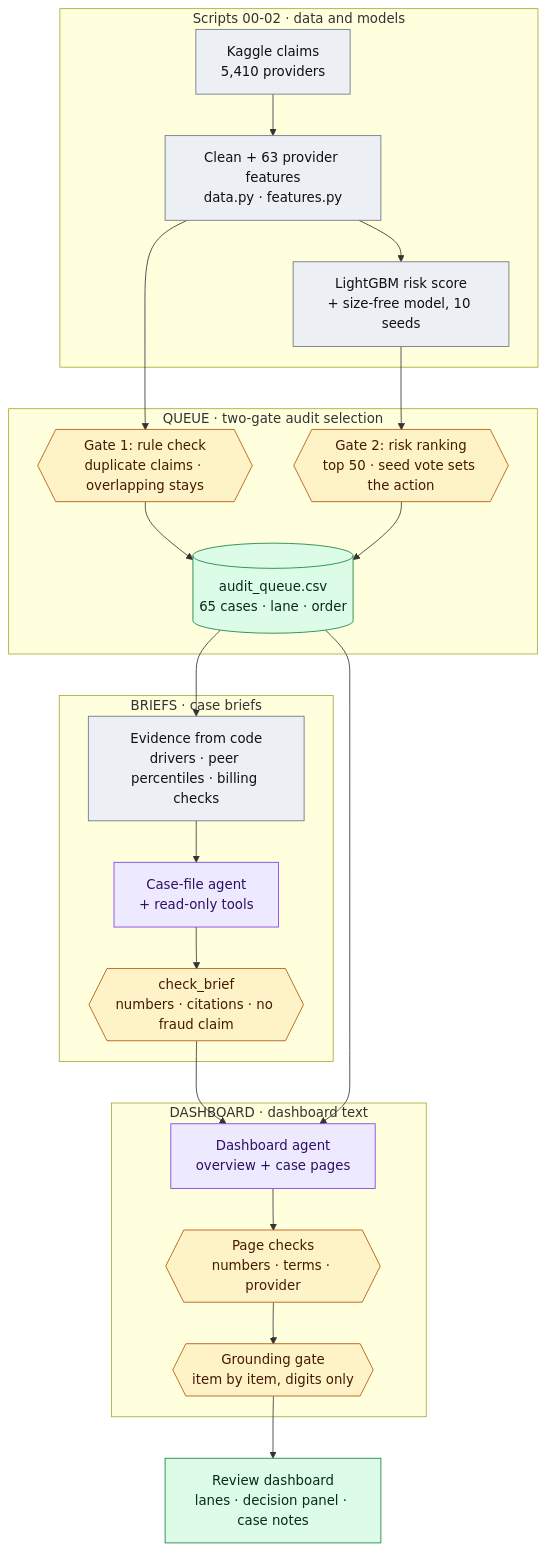
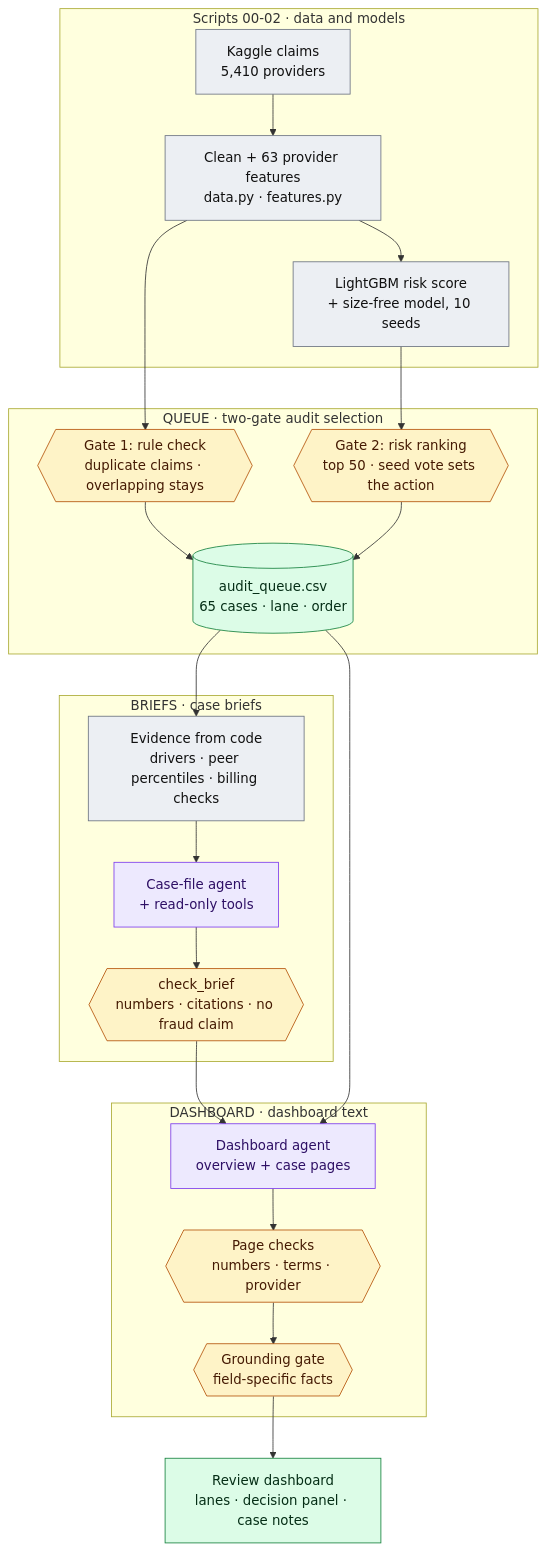
One commit to isaaclim33/BT4012-Group-20 changed the second of 4 diagrams in README.md. Above: the diagram before and after it, drawn with Mermaid. The commit also changed other lines of this file and 44 other files, not shown here.

````diff
--- a/README.md
+++ b/README.md
@@ -131,37 +160,37 @@
 ```mermaid
 flowchart TB
     classDef code fill:#eceff3,stroke:#6b7280,color:#111
     classDef llm fill:#ede9fe,stroke:#7c3aed,color:#2e1065
     classDef gate fill:#fef3c7,stroke:#b45309,color:#451a03
     classDef out fill:#dcfce7,stroke:#15803d,color:#052e16
 
     subgraph S1["Scripts 00-02 · data and models"]
         A1["Kaggle claims<br/>5,410 providers"]:::code --> A2["Clean + 63 provider features<br/>data.py · features.py"]:::code
         A2 --> A3["LightGBM risk score<br/>+ size-free model, 10 seeds"]:::code
     end
 
     subgraph S2["QUEUE · two-gate audit selection"]
         B1{{"Gate 1: rule check<br/>duplicate claims · overlapping stays"}}:::gate
         B2{{"Gate 2: risk ranking<br/>top 50 · seed vote sets the action"}}:::gate
         B3[("audit_queue.csv<br/>65 cases · lane · order")]:::out
         B1 --> B3
         B2 --> B3
     end
 
     subgraph S3["BRIEFS · case briefs"]
         C1["Evidence from code<br/>drivers · peer percentiles · billing checks"]:::code --> C2["Case-file agent<br/>+ read-only tools"]:::llm
         C2 --> C3{{"check_brief<br/>numbers · citations · no fraud claim"}}:::gate
     end
 
     subgraph S4["DASHBOARD · dashboard text"]
         D1["Dashboard agent<br/>overview + case pages"]:::llm --> D2{{"Page checks<br/>numbers · terms · provider"}}:::gate
-        D2 --> D3{{"Grounding gate<br/>item by item, digits only"}}:::gate
+        D2 --> D3{{"Grounding gate<br/>field-specific facts"}}:::gate
     end
 
     A2 --> B1
     A3 --> B2
     B3 --> C1
     C3 --> D1
     B3 --> D1
     D3 --> E1["Review dashboard<br/>lanes · decision panel · case notes"]:::out
 ```
````
